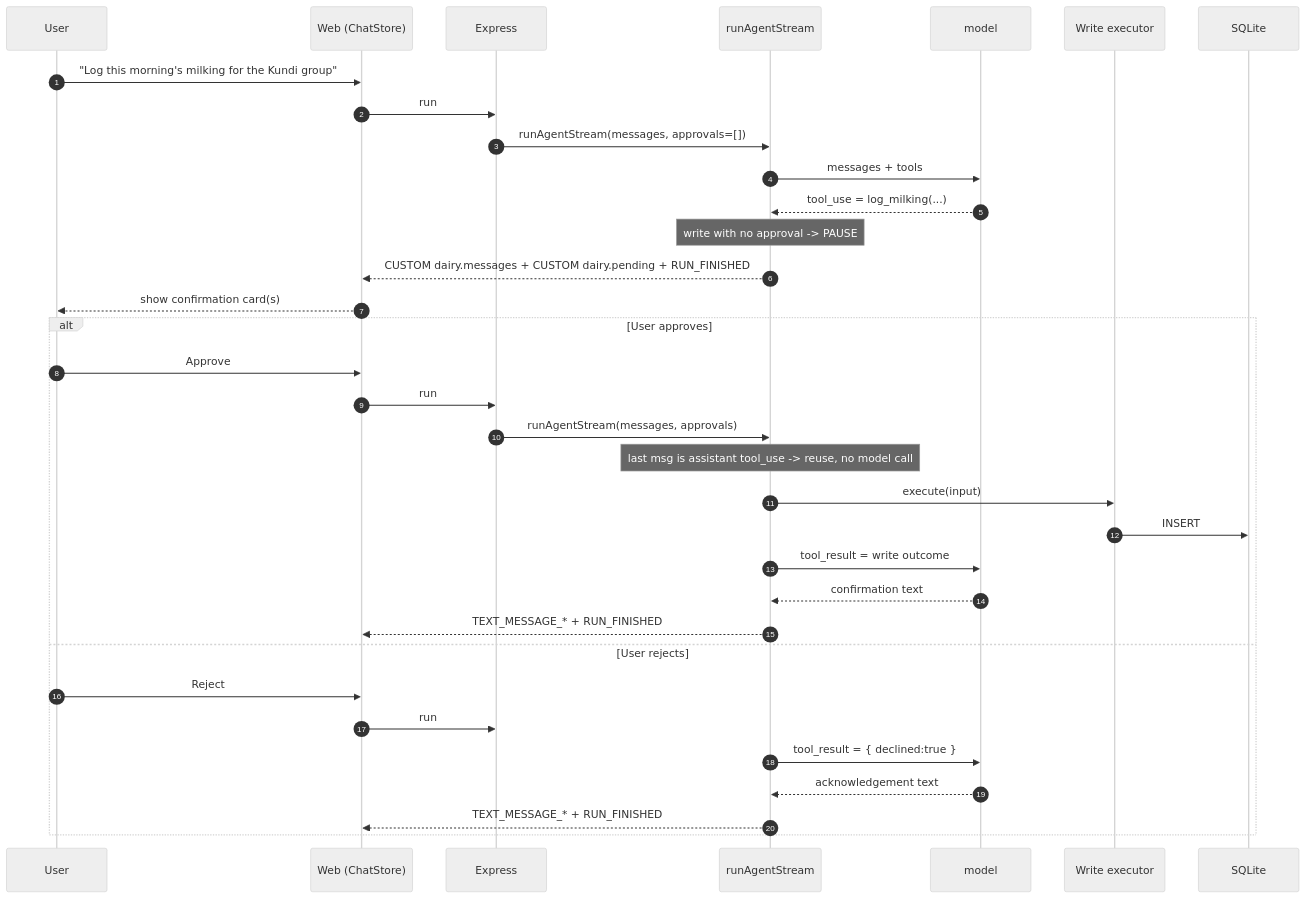
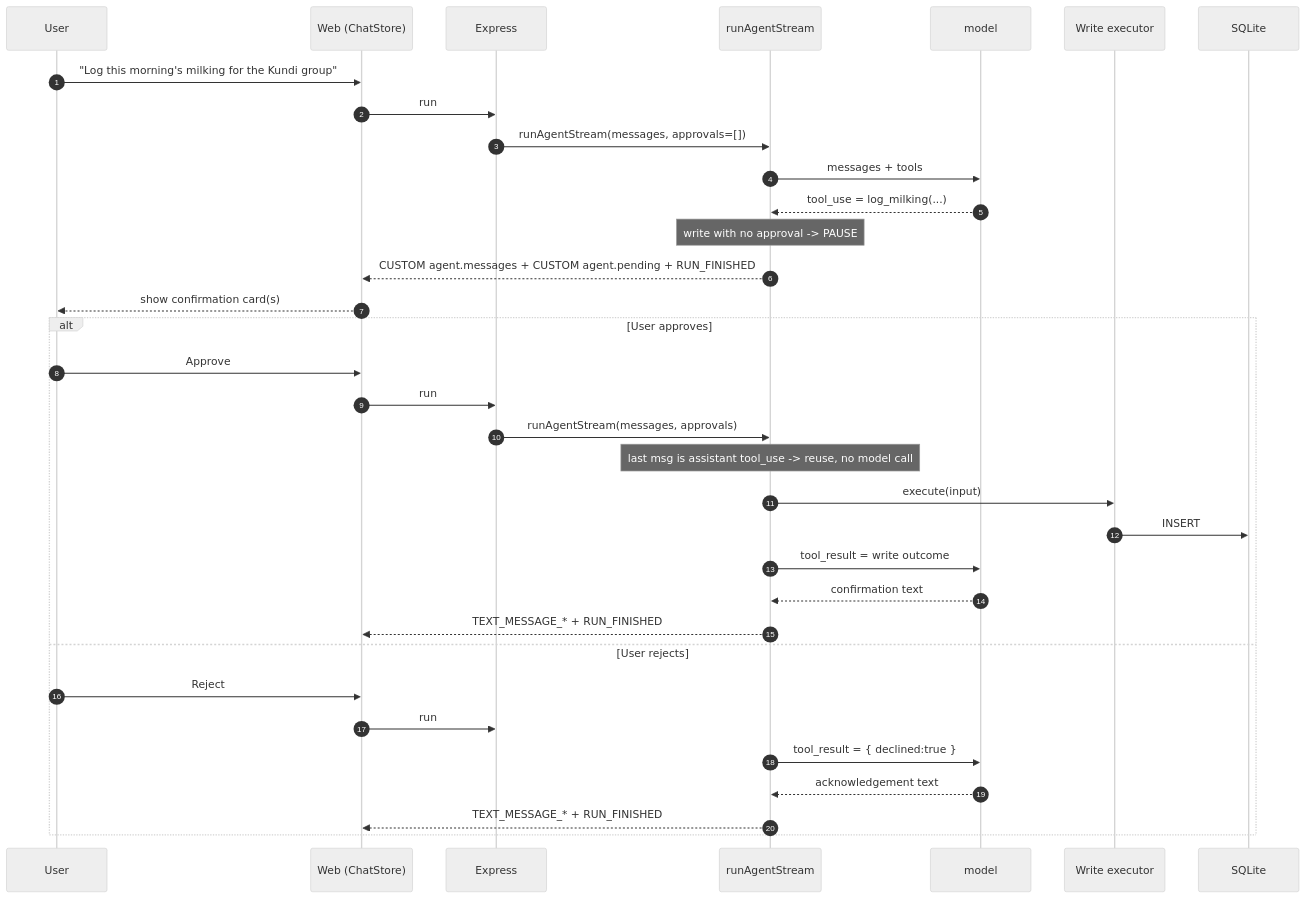
One commit to i-adnanali/dairy-agent changed the fourth of 7 diagrams in docs/PROJECT_OVERVIEW.md. Above: the diagram before and after it, drawn with Mermaid (neutral theme). The commit also changed other lines of this file and 5 other files, not shown here.

````diff
--- a/docs/PROJECT_OVERVIEW.md
+++ b/docs/PROJECT_OVERVIEW.md
@@ -165,38 +168,38 @@
 ```mermaid
 sequenceDiagram
     autonumber
     participant U as User
     participant W as Web (ChatStore)
     participant S as Express
     participant L as runAgentStream
     participant M as model
     participant T as Write executor
     participant DB as SQLite
 
     U->>W: "Log this morning's milking for the Kundi group"
     W->>S: run #1 { forwardedProps: { messages } }
     S->>L: runAgentStream(messages, approvals=[])
     L->>M: messages + tools
     M-->>L: tool_use = log_milking(...)
     Note over L: write with no approval -> PAUSE
-    L-->>W: CUSTOM dairy.messages + CUSTOM dairy.pending + RUN_FINISHED
+    L-->>W: CUSTOM agent.messages + CUSTOM agent.pending + RUN_FINISHED
     W-->>U: show confirmation card(s)
 
     alt User approves
         U->>W: Approve
         W->>S: run #2 { same messages, approvals:[{toolUseId, approved:true}] }
         S->>L: runAgentStream(messages, approvals)
         Note over L: last msg is assistant tool_use -> reuse, no model call
         L->>T: execute(input)
         T->>DB: INSERT
         L->>M: tool_result = write outcome
         M-->>L: confirmation text
         L-->>W: TEXT_MESSAGE_* + RUN_FINISHED
     else User rejects
         U->>W: Reject
         W->>S: run #2 { same messages, approvals:[{toolUseId, approved:false}] }
         L->>M: tool_result = { declined:true }
         M-->>L: acknowledgement text
         L-->>W: TEXT_MESSAGE_* + RUN_FINISHED
     end
 ```
````
